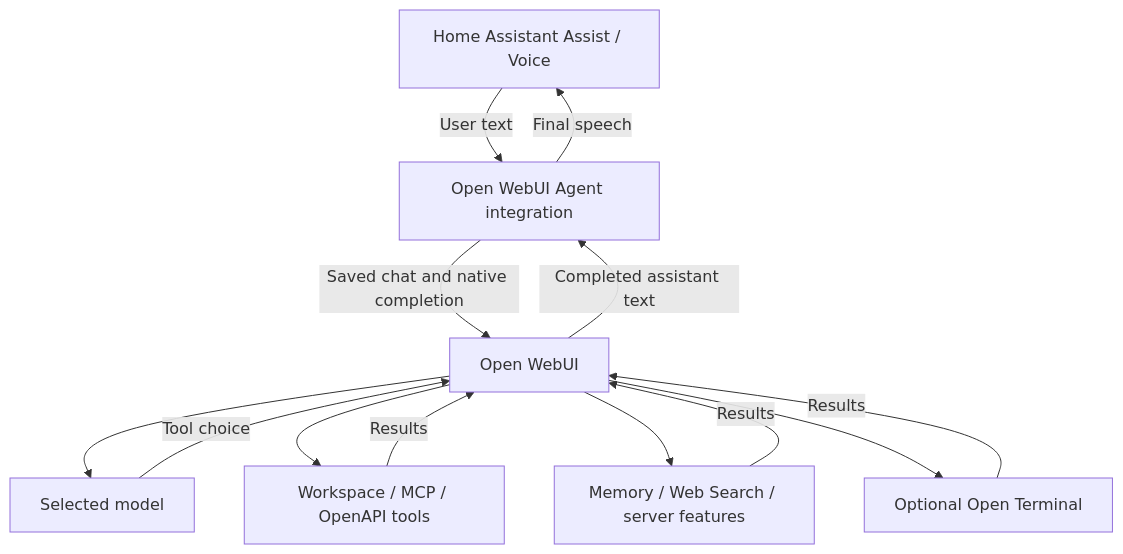
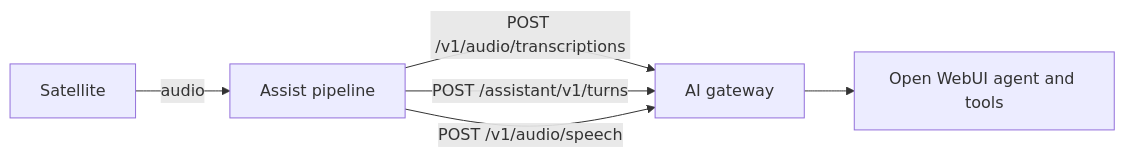
Before and after one commit to bpepino/ha-openwebui-agent: the diagram in README.md, drawn with Mermaid. The commit also changed other lines of this file and 25 other files, not shown here.

First line of the commit message:
feat: release 3.0.0 with gateway agent, speech-to-text and text-to-speech

````diff
--- a/README.md
+++ b/README.md
@@ -13,15 +54,8 @@
 ```mermaid
-flowchart TD
-    A[Home Assistant Assist / Voice] -->|User text| B[Open WebUI Agent integration]
-    B -->|Saved chat and native completion| C[Open WebUI]
-    C --> D[Selected model]
-    D -->|Tool choice| C
-    C --> E[Workspace / MCP / OpenAPI tools]
-    C --> F[Memory / Web Search / server features]
-    C --> G[Optional Open Terminal]
-    E -->|Results| C
-    F -->|Results| C
-    G -->|Results| C
-    C -->|Completed assistant text| B
-    B -->|Final speech| A
+flowchart LR
+    S[Satellite] -->|audio| P[Assist pipeline]
+    P -->|POST /v1/audio/transcriptions| G[AI gateway]
+    P -->|POST /assistant/v1/turns| G
+    P -->|POST /v1/audio/speech| G
+    G --> O[Open WebUI agent and tools]
 ```
````
